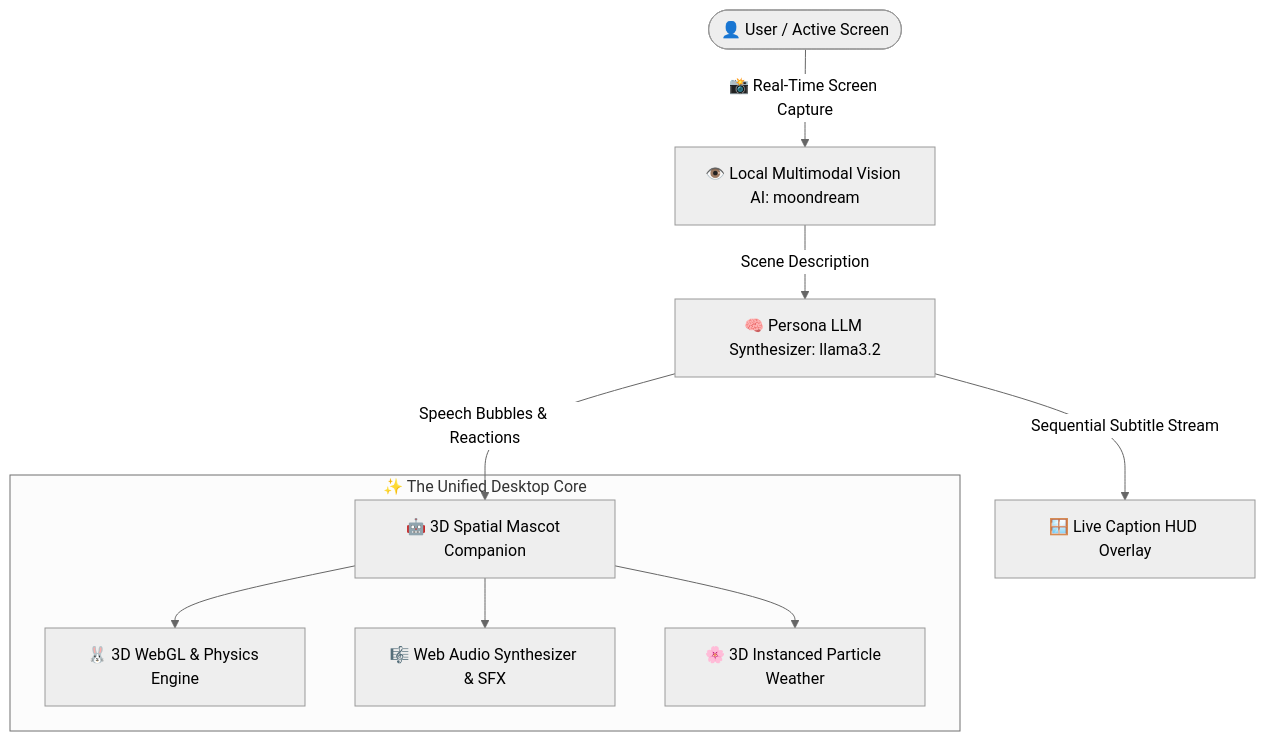
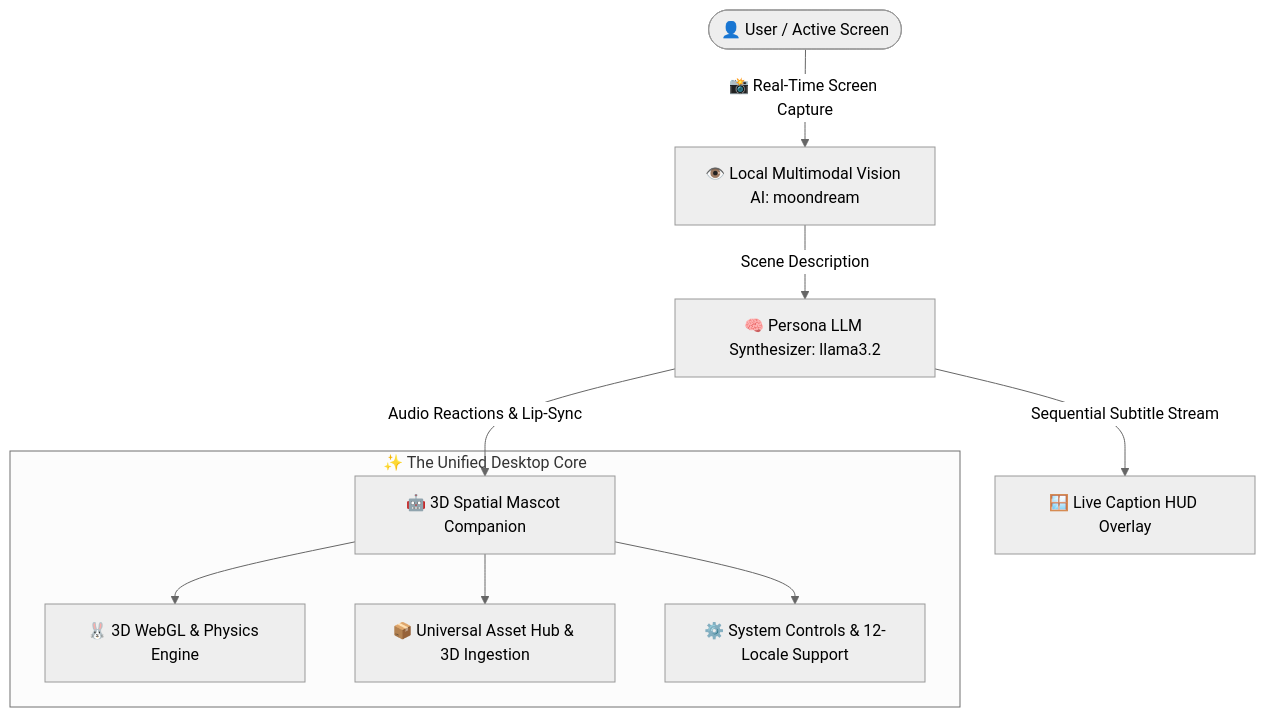
Before and after one commit to WeiberNoname/Daysome-Project-T1000-V1: the first of 2 diagrams in README.md, drawn with Mermaid (neutral theme). The commit also changed other lines of this file and 32 other files, not shown here.

````diff
--- a/README.md
+++ b/README.md
@@ -11,13 +11,13 @@
 ```mermaid
 graph TD
     User([👤 User / Active Screen]) -->|📸 Real-Time Screen Capture| Vision[👁️ Local Multimodal Vision AI: moondream]
     Vision -->|Scene Description| LLM[🧠 Persona LLM Synthesizer: llama3.2]
     LLM -->|Sequential Subtitle Stream| HUD[🪟 Live Caption HUD Overlay]
-    LLM -->|Speech Bubbles & Reactions| Mascot[🤖 3D Spatial Mascot Companion]
+    LLM -->|Audio Reactions & Lip-Sync| Mascot[🤖 3D Spatial Mascot Companion]
     
     subgraph Core [✨ The Unified Desktop Core]
         Mascot --> P1[🐰 3D WebGL & Physics Engine]
-        Mascot --> P2[🎼 Web Audio Synthesizer & SFX]
-        Mascot --> P3[🌸 3D Instanced Particle Weather]
+        Mascot --> P2[📦 Universal Asset Hub & 3D Ingestion]
+        Mascot --> P3[⚙️ System Controls & 12-Locale Support]
     end
 ```
````
